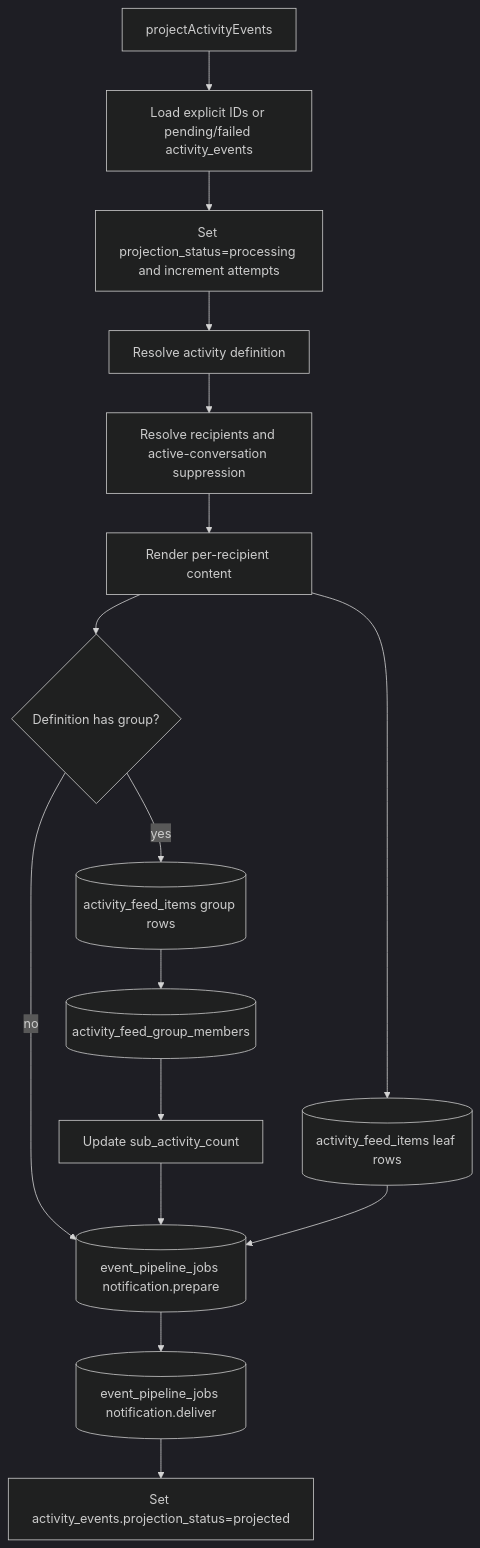
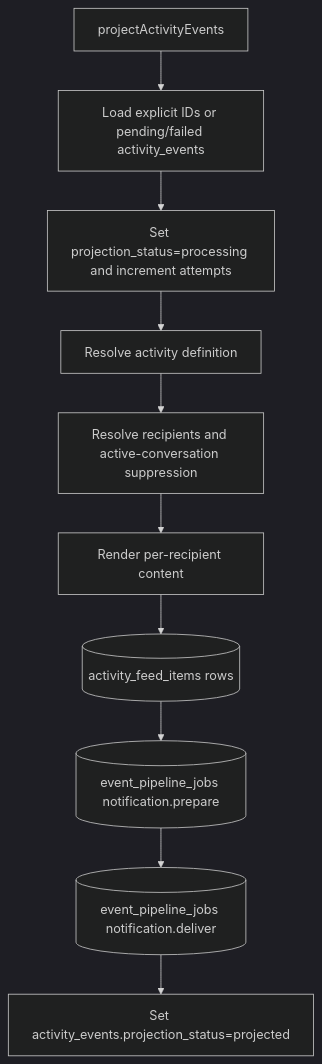
One commit to heidisoft/iconicedu-monorepo changed the third of 4 diagrams in docs/architecture/activity-feed.md. Above: the diagram before and after it, drawn with Mermaid (dark theme). The commit also changed other lines of this file and 39 other files, not shown here.

First line of the commit message:
Remove activity feed grouping support

````diff
--- a/docs/architecture/activity-feed.md
+++ b/docs/architecture/activity-feed.md
@@ -43,18 +43,12 @@
 ```mermaid
 flowchart TD
   Projector[projectActivityEvents] --> LoadEvents[Load explicit IDs or pending/failed activity_events]
   LoadEvents --> Processing[Set projection_status=processing and increment attempts]
   Processing --> Definition[Resolve activity definition]
   Definition --> Recipients[Resolve recipients and active-conversation suppression]
   Recipients --> Render[Render per-recipient content]
-  Render --> Leaf[(activity_feed_items leaf rows)]
-  Render --> Group{Definition has group?}
-  Group -->|yes| GroupParent[(activity_feed_items group rows)]
-  GroupParent --> GroupMember[(activity_feed_group_members)]
-  GroupMember --> Count[Update sub_activity_count]
-  Group -->|no| Notifications
-  Count --> Notifications[(event_pipeline_jobs notification.prepare)]
-  Leaf --> Notifications
+  Render --> Items[(activity_feed_items rows)]
+  Items --> Notifications[(event_pipeline_jobs notification.prepare)]
   Notifications --> Jobs[(event_pipeline_jobs notification.deliver)]
   Jobs --> Projected[Set activity_events.projection_status=projected]
 ```
````
